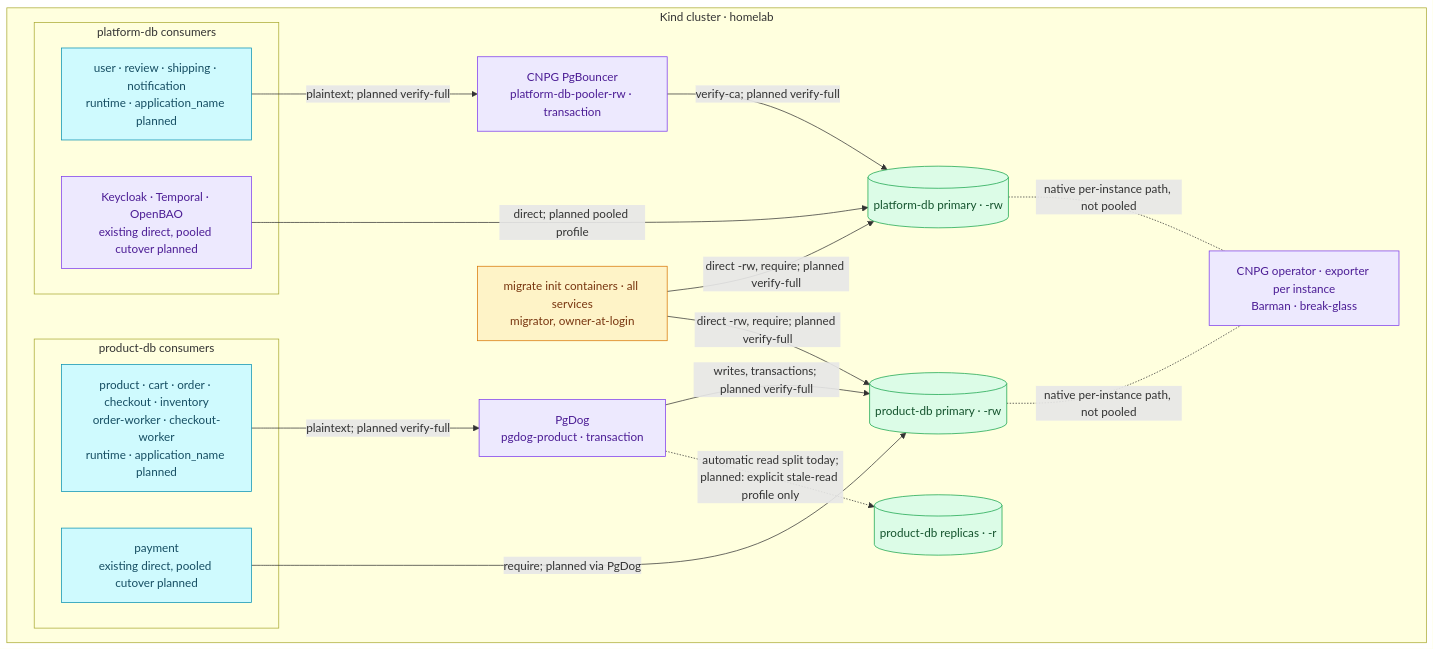
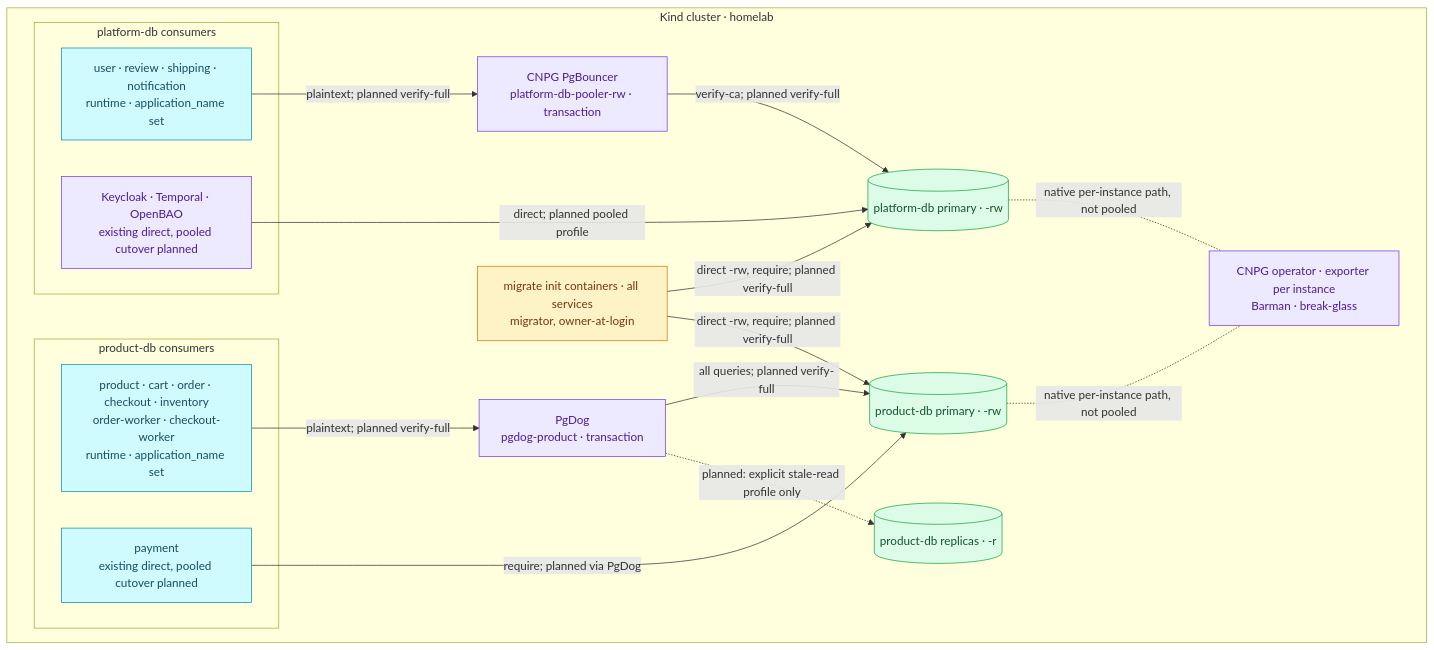
Before and after one commit to duynhlab/homelab: the diagram in docs/proposals/rfc/RFC-0029/README.md, drawn with Mermaid. The commit also changed other lines of this file and 8 other files, not shown here.

````diff
--- a/docs/proposals/rfc/RFC-0029/README.md
+++ b/docs/proposals/rfc/RFC-0029/README.md
@@ -185,37 +185,37 @@
 ```mermaid
 flowchart TB
     subgraph cluster["Kind cluster · homelab"]
         subgraph prod["product-db consumers"]
             pay["payment<br/>existing direct, pooled cutover planned"]:::service
-            prapi["product · cart · order · checkout · inventory<br/>order-worker · checkout-worker<br/>runtime · application_name planned"]:::service
+            prapi["product · cart · order · checkout · inventory<br/>order-worker · checkout-worker<br/>runtime · application_name set"]:::service
         end
         mig["migrate init containers · all services<br/>migrator, owner-at-login"]:::worker
         subgraph plat["platform-db consumers"]
-            papi["user · review · shipping · notification<br/>runtime · application_name planned"]:::service
+            papi["user · review · shipping · notification<br/>runtime · application_name set"]:::service
             pdirect["Keycloak · Temporal · OpenBAO<br/>existing direct, pooled cutover planned"]:::platform
         end
         pgd["PgDog<br/>pgdog-product · transaction"]:::platform
         pgb["CNPG PgBouncer<br/>platform-db-pooler-rw · transaction"]:::platform
         rrep[("product-db replicas · -r")]:::data
         rprim[("product-db primary · -rw")]:::data
         pprim[("platform-db primary · -rw")]:::data
         ops["CNPG operator · exporter per instance<br/>Barman · break-glass"]:::platform
     end
 
     papi -->|"plaintext; planned verify-full"| pgb
     pgb -->|"verify-ca; planned verify-full"| pprim
     prapi -->|"plaintext; planned verify-full"| pgd
-    pgd -->|"writes, transactions; planned verify-full"| rprim
-    pgd -. "automatic read split today;<br/>planned: explicit stale-read profile only" .-> rrep
+    pgd -->|"all queries; planned verify-full"| rprim
+    pgd -. "planned: explicit stale-read profile only" .-> rrep
     pay -->|"require; planned via PgDog"| rprim
     pdirect -->|"direct; planned pooled profile"| pprim
     mig -->|"direct -rw, require; planned verify-full"| pprim
     mig -->|"direct -rw, require; planned verify-full"| rprim
     rprim -. "native per-instance path, not pooled" .- ops
     pprim -. "native per-instance path, not pooled" .- ops
 
     classDef service fill:#cffafe,color:#164e63,stroke:#0891b2;
     classDef worker fill:#fef3c7,color:#78350f,stroke:#d97706;
     classDef platform fill:#ede9fe,color:#4c1d95,stroke:#7c3aed;
     classDef data fill:#dcfce7,color:#14532d,stroke:#16a34a;
 ```
````
